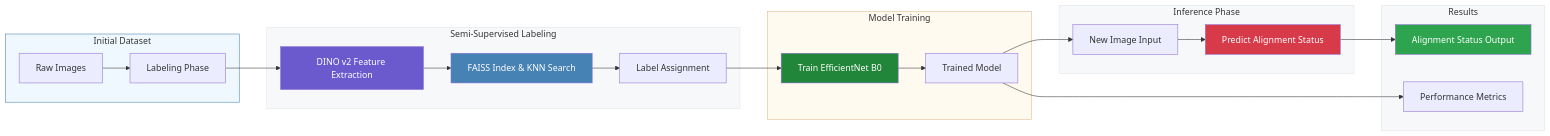
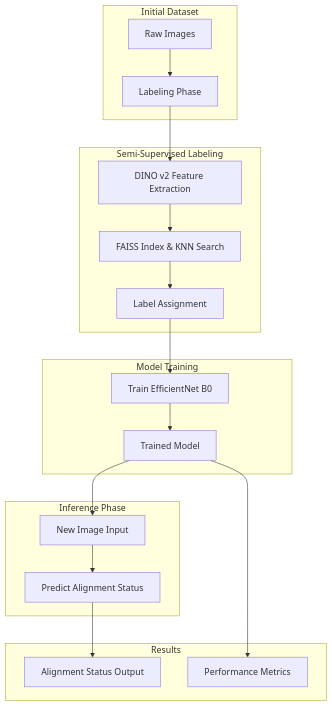
The diagram in README.md (arstek131/Semi-Supervised-Labeling-Transformer), drawn with Mermaid before and after one commit.

````diff
--- a/README.md
+++ b/README.md
@@ -14,40 +14,29 @@
 ```mermaid
-graph LR
+graph TD
     subgraph Input["Initial Dataset"]
         A1[Raw Images] --> B1[Labeling Phase]
     end
 
     subgraph Labeling["Semi-Supervised Labeling"]
         B1 --> C1[DINO v2 Feature Extraction]
         C1 --> D1[FAISS Index & KNN Search]
         D1 --> E1[Label Assignment]
     end
 
     subgraph Training["Model Training"]
         E1 --> F1[Train EfficientNet B0]
         F1 --> G1[Trained Model]
     end
 
     subgraph Inference["Inference Phase"]
         G1 --> H1[New Image Input]
         H1 --> I1[Predict Alignment Status]
     end
 
     subgraph Output["Results"]
         I1 --> J1[Alignment Status Output]
         G1 --> K1[Performance Metrics]
     end
 
-    style Input fill:#f0f8ff,stroke:#4682b4
-    style Labeling fill:#f6f8fa,stroke:#e1e4e8
-    style Training fill:#fffaf0,stroke:#deb887
-    style Inference fill:#f6f8fa,stroke:#e1e4e8
-    style Output fill:#f6f8fa,stroke:#e1e4e8
-
-    style C1 fill:#6a5acd,color:#ffffff
-    style D1 fill:#4682b4,color:#ffffff
-    style F1 fill:#22863a,color:#ffffff
-    style I1 fill:#d73a49,color:#ffffff
-    style J1 fill:#2ea44f,color:#ffffff
 
 ```
````
